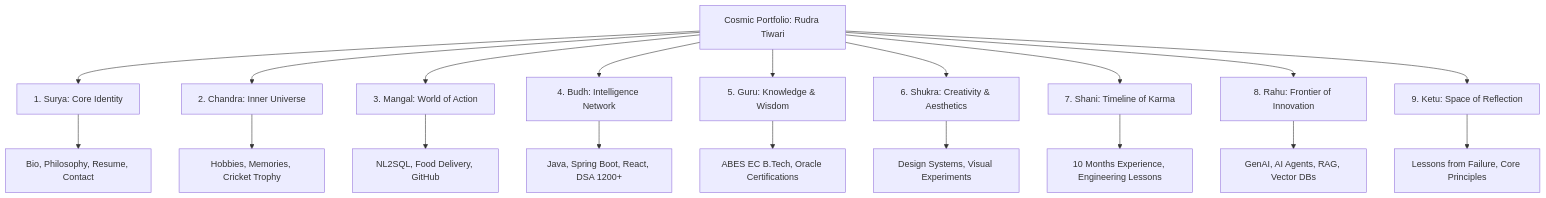
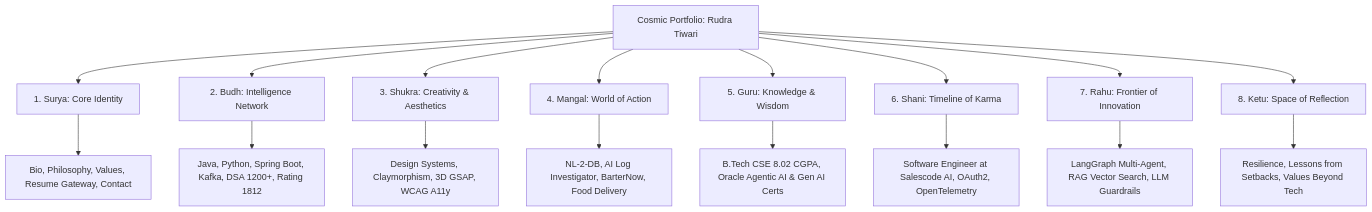
The diagram in docs/architecture/CONTENT_ARCHITECTURE.md (Rudra130/rudra-portfolio), drawn with Mermaid before and after one commit. The commit also changed other lines of this file and 18 other files, not shown here.

Commit message:
docs: synchronize README, architecture, design, and roadmap with current 8-world Keplerian solar system

````diff
--- a/docs/architecture/CONTENT_ARCHITECTURE.md
+++ b/docs/architecture/CONTENT_ARCHITECTURE.md
@@ -81,22 +88,20 @@
 ```mermaid
 graph TD
     Cosmos[Cosmic Portfolio: Rudra Tiwari] --> Surya[1. Surya: Core Identity]
-    Cosmos --> Chandra[2. Chandra: Inner Universe]
-    Cosmos --> Mangal[3. Mangal: World of Action]
-    Cosmos --> Budh[4. Budh: Intelligence Network]
+    Cosmos --> Budh[2. Budh: Intelligence Network]
+    Cosmos --> Shukra[3. Shukra: Creativity & Aesthetics]
+    Cosmos --> Mangal[4. Mangal: World of Action]
     Cosmos --> Guru[5. Guru: Knowledge & Wisdom]
-    Cosmos --> Shukra[6. Shukra: Creativity & Aesthetics]
-    Cosmos --> Shani[7. Shani: Timeline of Karma]
-    Cosmos --> Rahu[8. Rahu: Frontier of Innovation]
-    Cosmos --> Ketu[9. Ketu: Space of Reflection]
+    Cosmos --> Shani[6. Shani: Timeline of Karma]
+    Cosmos --> Rahu[7. Rahu: Frontier of Innovation]
+    Cosmos --> Ketu[8. Ketu: Space of Reflection]
 
-    Surya --> Bio[Bio, Philosophy, Resume, Contact]
-    Chandra --> Personal[Hobbies, Memories, Cricket Trophy]
-    Mangal --> Projects[NL2SQL, Food Delivery, GitHub]
-    Budh --> Skills[Java, Spring Boot, React, DSA 1200+]
-    Guru --> Academics[ABES EC B.Tech, Oracle Certifications]
-    Shukra --> UIUX[Design Systems, Visual Experiments]
-    Shani --> Career[10 Months Experience, Engineering Lessons]
-    Rahu --> AI[GenAI, AI Agents, RAG, Vector DBs]
-    Ketu --> Mindset[Lessons from Failure, Core Principles]
+    Surya --> Bio[Bio, Philosophy, Values, Resume Gateway, Contact]
+    Budh --> Skills[Java, Python, Spring Boot, Kafka, DSA 1200+, Rating 1812]
+    Shukra --> UIUX[Design Systems, Claymorphism, 3D GSAP, WCAG A11y]
+    Mangal --> Projects[NL-2-DB, AI Log Investigator, BarterNow, Food Delivery]
+    Guru --> Academics[B.Tech CSE 8.02 CGPA, Oracle Agentic AI & Gen AI Certs]
+    Shani --> Career[Software Engineer at Salescode AI, OAuth2, OpenTelemetry]
+    Rahu --> AI[LangGraph Multi-Agent, RAG Vector Search, LLM Guardrails]
+    Ketu --> Mindset[Resilience, Lessons from Setbacks, Values Beyond Tech]
 ```
````
